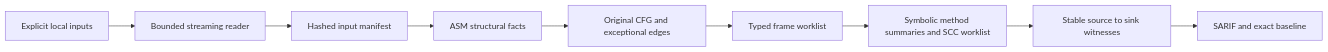
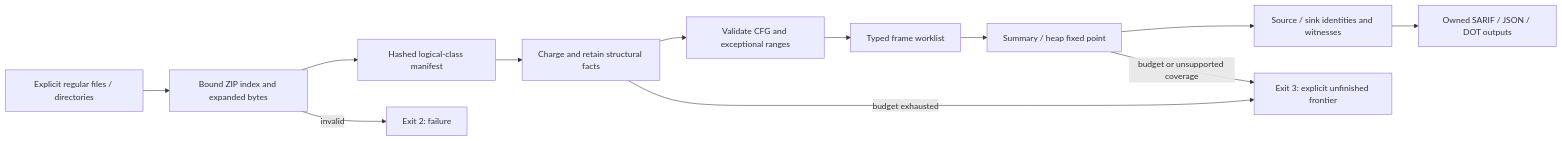
The first of 2 diagrams in projects/09-byteguard/docs/ARCHITECTURE.md (cheshmakzanoon-ops/Java-portfolio), drawn with Mermaid before and after one commit. The commit also changed other lines of this file and 46 other files, not shown here.

Commit message:
fix(byteguard): preserve typed flows and reject ambiguous analysis inputs

````diff
--- a/projects/09-byteguard/docs/ARCHITECTURE.md
+++ b/projects/09-byteguard/docs/ARCHITECTURE.md
@@ -3,11 +5,14 @@
 ```mermaid
 flowchart LR
-  I[Explicit local inputs] --> B[Bounded streaming reader]
-  B --> M[Hashed input manifest]
-  M --> A[ASM structural facts]
-  A --> C[Original CFG and exceptional edges]
-  C --> W[Typed frame worklist]
-  W --> S[Symbolic method summaries and SCC worklist]
-  S --> R[Stable source to sink witnesses]
-  R --> J[SARIF and exact baseline]
+  I[Explicit regular files / directories] --> Z[Bound ZIP index and expanded bytes]
+  Z --> M[Hashed logical-class manifest]
+  M --> P[Charge and retain structural facts]
+  P --> C[Validate CFG and exceptional ranges]
+  C --> F[Typed frame worklist]
+  F --> S[Summary / heap fixed point]
+  S --> R[Source / sink identities and witnesses]
+  R --> O[Owned SARIF / JSON / DOT outputs]
+  Z -->|invalid| E[Exit 2: failure]
+  P -->|budget exhausted| U[Exit 3: explicit unfinished frontier]
+  S -->|budget or unsupported coverage| U
 ```
````
